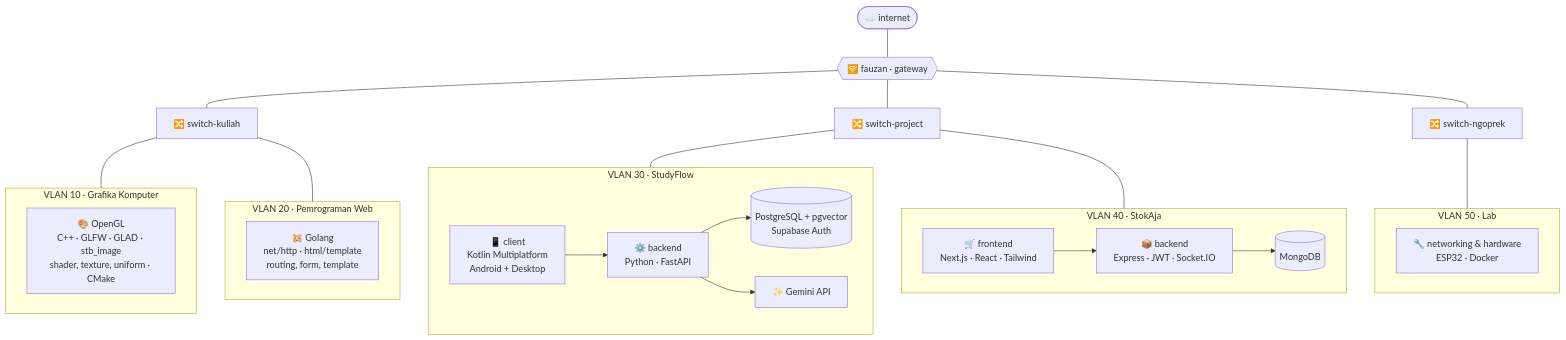
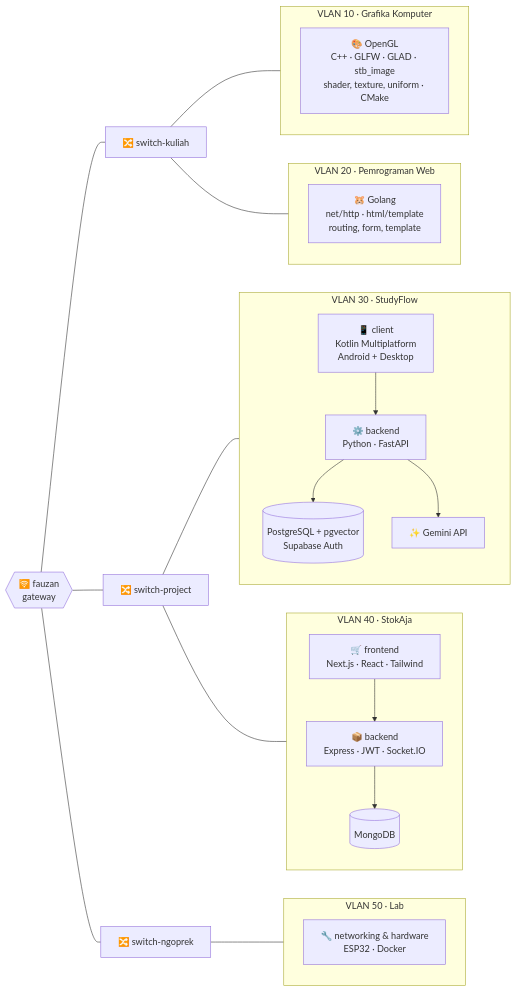
One commit to AchmadFauzan1156/AchmadFauzan1156 changed the diagram in README.md. Above: the diagram before and after it, drawn with Mermaid.

Commit message:
Rapikan tata letak topologi agar terbaca

````diff
--- a/README.md
+++ b/README.md
@@ -63,46 +63,46 @@
 ```mermaid
-flowchart TB
-    NET(["☁️ internet"]) --- GW{{"🛜 fauzan · gateway"}}
+flowchart LR
+    GW{{"🛜 fauzan<br/>gateway"}}
 
     GW --- SW1["🔀 switch-kuliah"]
     GW --- SW2["🔀 switch-project"]
     GW --- SW3["🔀 switch-ngoprek"]
 
     subgraph V10["VLAN 10 · Grafika Komputer"]
         OGL["🎨 OpenGL<br/>C++ · GLFW · GLAD · stb_image<br/>shader, texture, uniform · CMake"]
     end
 
     subgraph V20["VLAN 20 · Pemrograman Web"]
         GO["🐹 Golang<br/>net/http · html/template<br/>routing, form, template"]
     end
 
     subgraph V30["VLAN 30 · StudyFlow"]
-        direction LR
+        direction TB
         SFC["📱 client<br/>Kotlin Multiplatform<br/>Android + Desktop"]
         SFA["⚙️ backend<br/>Python · FastAPI"]
         SFD[("PostgreSQL + pgvector<br/>Supabase Auth")]
         SFG["✨ Gemini API"]
         SFC --> SFA
         SFA --> SFD
         SFA --> SFG
     end
 
     subgraph V40["VLAN 40 · StokAja"]
-        direction LR
+        direction TB
         STF["🛒 frontend<br/>Next.js · React · Tailwind"]
         STB["📦 backend<br/>Express · JWT · Socket.IO"]
         STD[("MongoDB")]
         STF --> STB
         STB --> STD
     end
 
     subgraph V50["VLAN 50 · Lab"]
         LAB["🔧 networking & hardware<br/>ESP32 · Docker"]
     end
 
     SW1 --- V10
     SW1 --- V20
     SW2 --- V30
     SW2 --- V40
     SW3 --- V50
 ```
````
